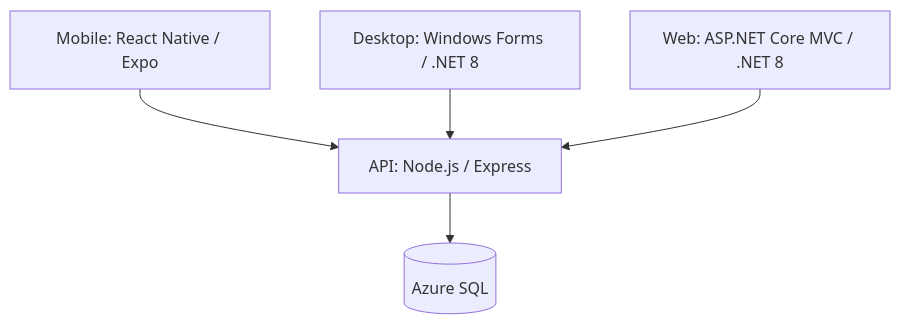
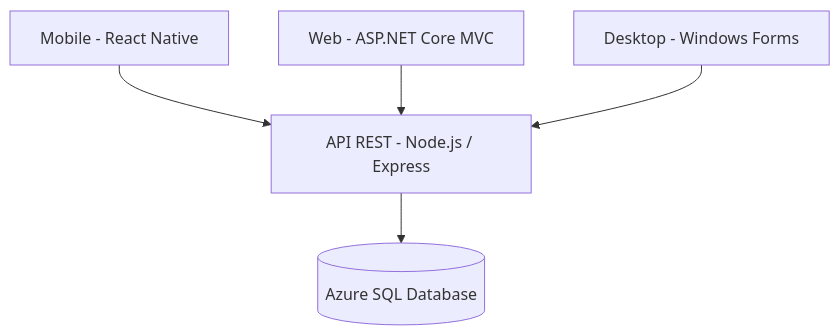
Before and after one commit to guilhermeamst/PIM-IV: the diagram in README.md, drawn with Mermaid. The commit also changed other lines of this file, not shown here.

````diff
--- a/README.md
+++ b/README.md
@@ -17,7 +21,7 @@
 ```mermaid
 flowchart TD
- M[Mobile: React Native / Expo] --> A[API: Node.js / Express]
- D[Desktop: Windows Forms / .NET 8] --> A
- W[Web: ASP.NET Core MVC / .NET 8] --> A
- A --> B[(Azure SQL)]
+    M[Mobile - React Native] --> A[API REST - Node.js / Express]
+    W[Web - ASP.NET Core MVC] --> A
+    D[Desktop - Windows Forms] --> A
+    A --> B[(Azure SQL Database)]
 ```
````
